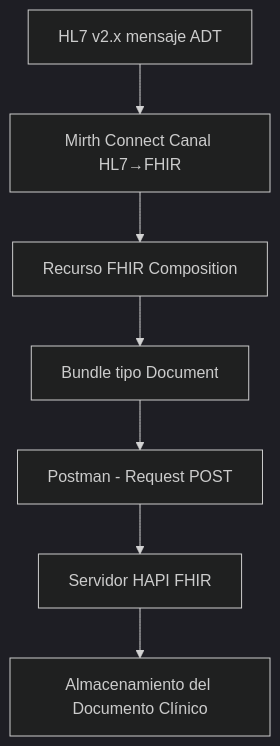
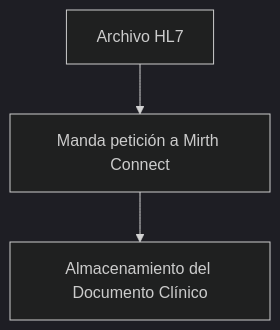
The diagram in README.md (Br4ikanUserP267/FHIR-MIRTHCONNECTION), drawn with Mermaid (dark theme) before and after one commit.

Commit message:
Revise flowchart for HL7 message process
Updated flowchart in README to reflect changes in HL7 message processing.

````diff
--- a/README.md
+++ b/README.md
@@ -264,9 +264,5 @@
 ```mermaid
 flowchart TD
-    A[HL7 v2.x mensaje ADT] --> B[Mirth Connect Canal HL7→FHIR]
-    B --> C[Recurso FHIR Composition]
-    C --> D[Bundle tipo Document]
-    D --> E[Postman - Request POST]
-    E --> F[Servidor HAPI FHIR]
-    F --> G[Almacenamiento del Documento Clínico]
+    A[Archivo HL7] --> B[Manda petición a Mirth Connect]
+    B --> G[Almacenamiento del Documento Clínico]
 ```
````
